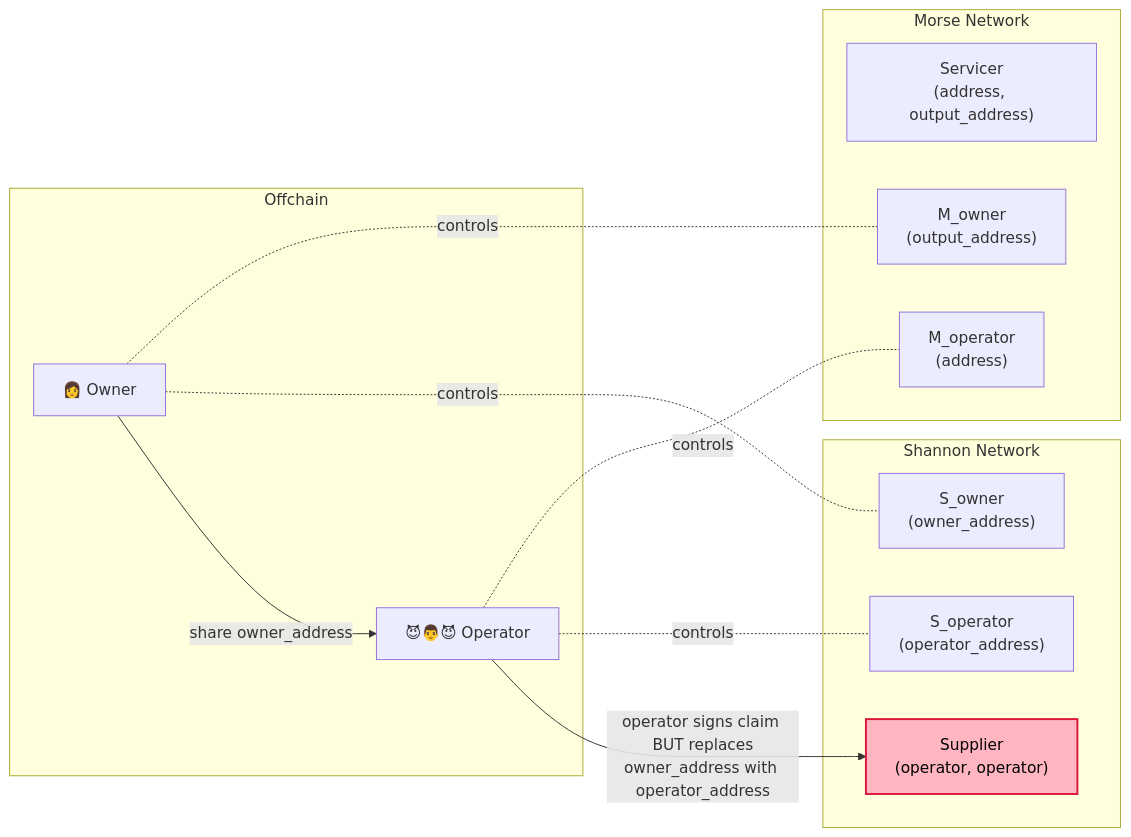
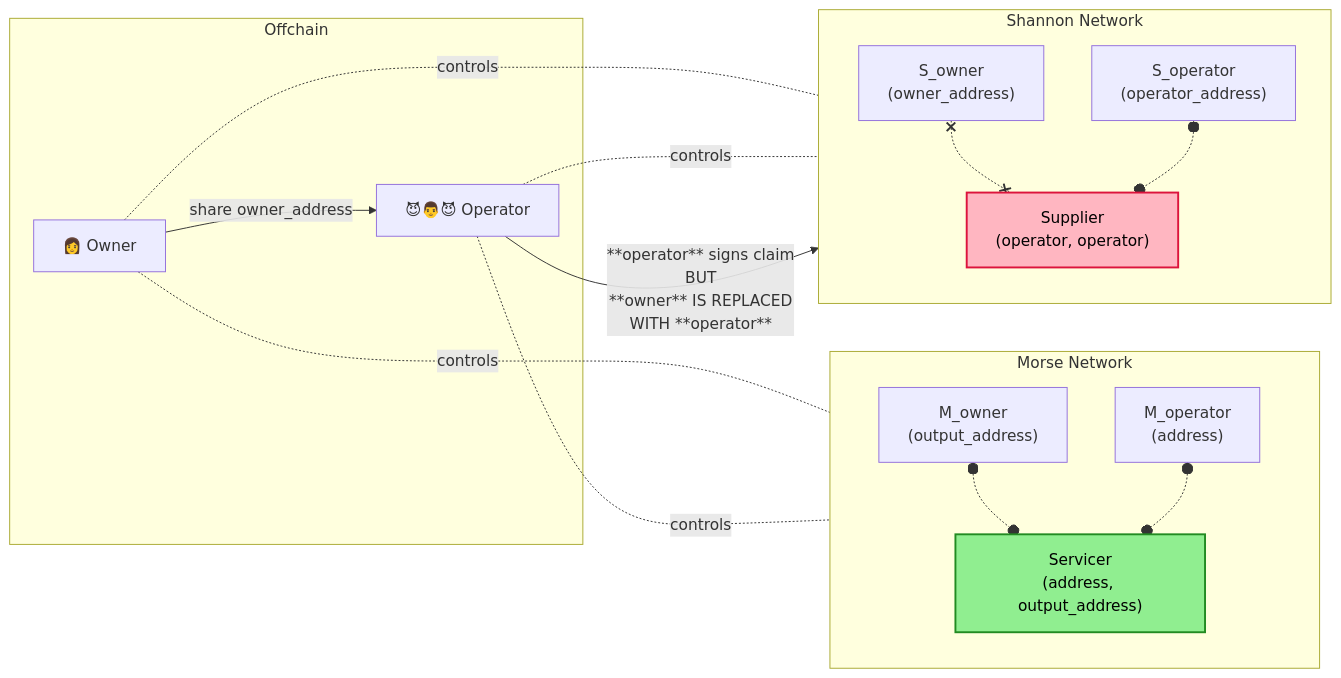
Before and after one commit to pokt-network/poktroll: the fourth of 4 diagrams in docusaurus/docs/2_explore/4_morse_migration/10_non_custodial_intro.md, drawn with Mermaid. The commit also changed other lines of this file, not shown here.

Commit message:
[Docs]: Update non-custodial table & flowchart (#1358)

````diff
--- a/docusaurus/docs/2_explore/4_morse_migration/10_non_custodial_intro.md
+++ b/docusaurus/docs/2_explore/4_morse_migration/10_non_custodial_intro.md
@@ -214,30 +234,42 @@
 ```mermaid
 graph LR
     subgraph Offchain[Offchain]
         Owner["👩 Owner"]
         Operator["😈👨😈 Operator"]
     end
 
     subgraph Morse[Morse Network]
+        direction TB
+
+        M_owner["M_owner<br/>(output_address)"]
         Servicer["Servicer<br/>(address, output_address)"]
-        M_owner["M_owner<br/>(output_address)"]
         M_operator["M_operator<br/>(address)"]
+
+        M_owner o-.-o Servicer
+        M_operator o-.-o Servicer
     end
 
     subgraph Shannon[Shannon Network]
+        direction TB
+
+        S_owner["S_owner<br/>(owner_address)"]
         Supplier["Supplier<br/>(operator, operator)"]
-        S_owner["S_owner<br/>(owner_address)"]
         S_operator["S_operator<br/>(operator_address)"]
+
+        S_owner x-.-x Supplier
+        S_operator o-.-o Supplier
     end
 
     Owner -.-|"controls"| M_owner
     Owner -.-|"controls"| S_owner
     Operator -.-|"controls"| M_operator
     Operator -.-|"controls"| S_operator
 
     Owner -->|share owner_address<br/> | Operator
-    Operator -->|"operator signs claim <br/> BUT replaces <br/>owner_address with operator_address<br/>"| Supplier
+    Operator -->|"**operator** signs claim <br/> BUT <br/>**owner** IS REPLACED <br/> WITH **operator**<br/>"| Supplier
 
     classDef red fill:#FFB6C1,stroke:#DC143C,stroke-width:2px,color:#000000
+    classDef green fill:#90EE90,stroke:#228B22,stroke-width:2px,color:#000000
     class Supplier red
+    class Servicer green
 ```
````
